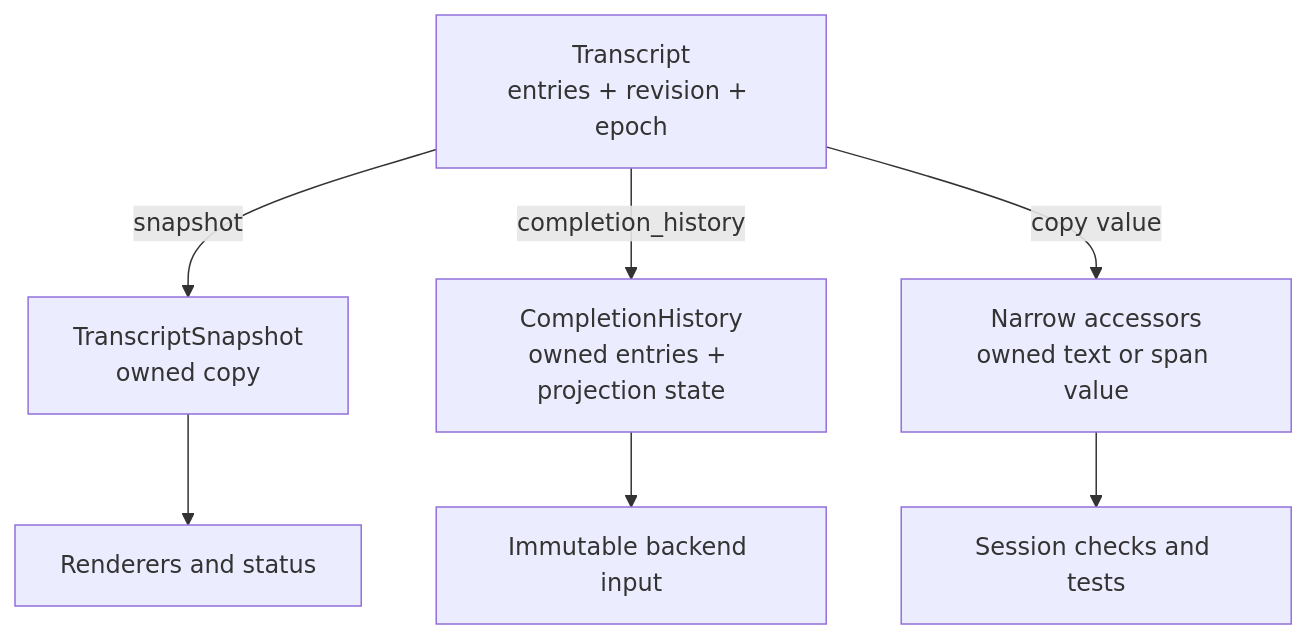
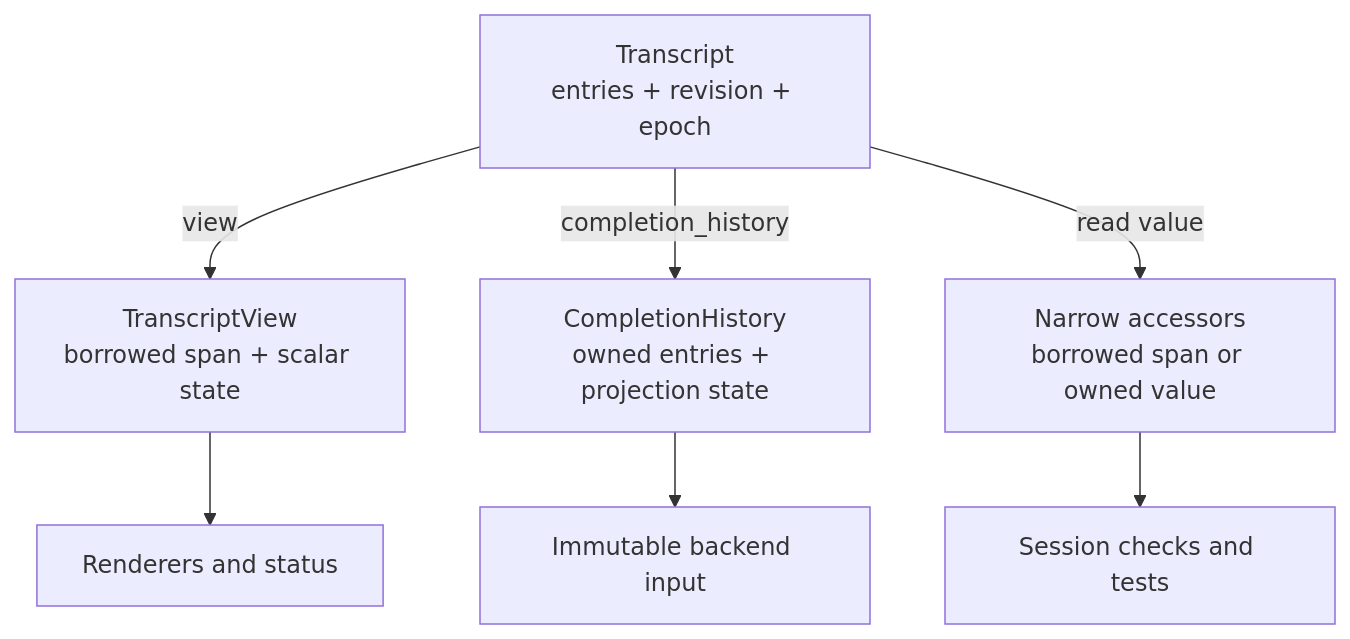
One commit to michaelpopov/cha changed the third of 3 diagrams in src/transcript/README.md. Above: the diagram before and after it, drawn with Mermaid. The commit also changed other lines of this file and 34 other files, not shown here.

````diff
--- a/src/transcript/README.md
+++ b/src/transcript/README.md
@@ -141,14 +141,14 @@
 ```mermaid
 flowchart TD
     C["Transcript<br/>entries + revision + epoch"]
-    S["TranscriptSnapshot<br/>owned copy"]
+    V["TranscriptView<br/>borrowed span + scalar state"]
     H["CompletionHistory<br/>owned entries + projection state"]
-    N["Narrow accessors<br/>owned text or span value"]
+    N["Narrow accessors<br/>borrowed span or owned value"]
     R["Renderers and status"]
     B["Immutable backend input"]
     T["Session checks and tests"]
 
-    C -->|"snapshot"| S --> R
+    C -->|"view"| V --> R
     C -->|"completion_history"| H --> B
-    C -->|"copy value"| N --> T
+    C -->|"read value"| N --> T
 ```
````
